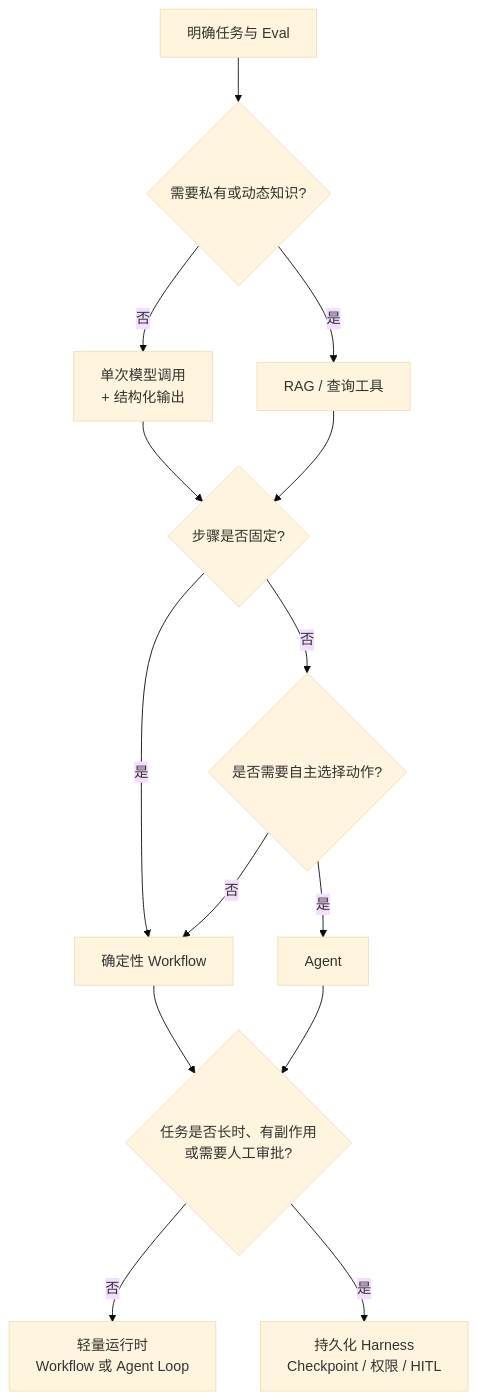
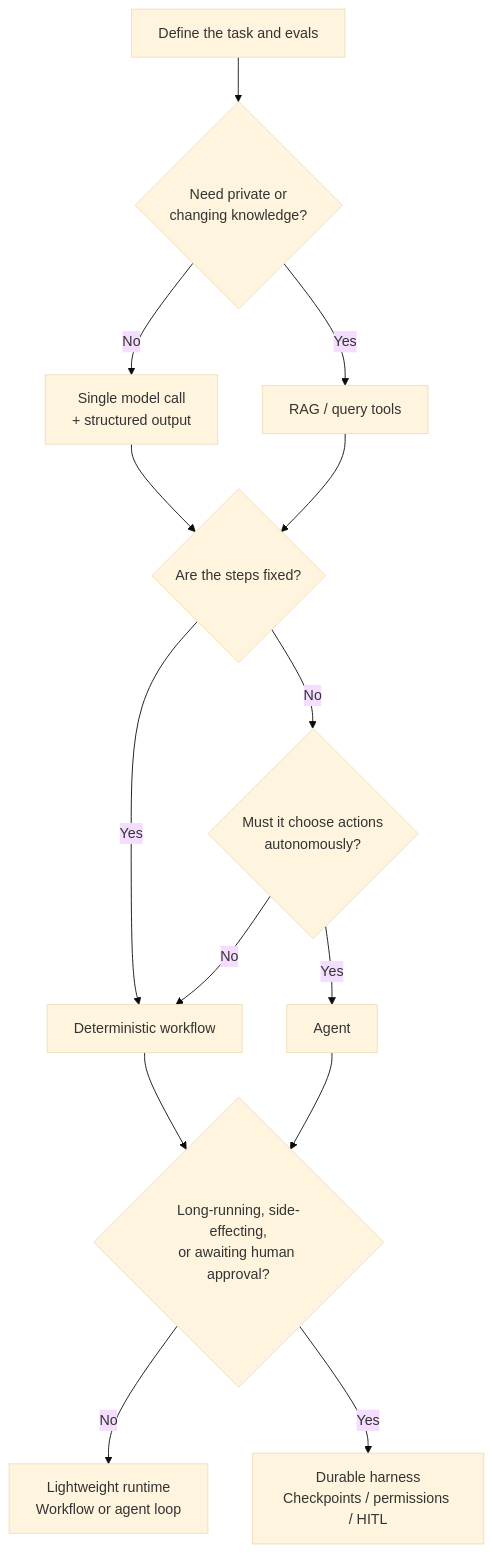
Before and after one commit to oneleaveknowsthefall/awesome-ai-roadmap: the second of 5 diagrams in docs/fde/01-foundations/01-forward-deployed-engineering.md, drawn with Mermaid (base theme). The commit also changed other lines of this file and 82 other files, not shown here.

````diff
--- a/docs/fde/01-foundations/01-forward-deployed-engineering.md
+++ b/docs/fde/01-foundations/01-forward-deployed-engineering.md
@@ -164,16 +164,16 @@
 ```mermaid
 flowchart TD
-    START["明确任务与 Eval"] --> KNOW{"需要私有或动态知识?"}
-    KNOW -->|否| CALL["单次模型调用<br/>+ 结构化输出"]
-    KNOW -->|是| RAG["RAG / 查询工具"]
-    CALL --> PATH{"步骤是否固定?"}
+    START["Define the task and evals"] --> KNOW{"Need private or<br/>changing knowledge?"}
+    KNOW -->|No| CALL["Single model call<br/>+ structured output"]
+    KNOW -->|Yes| RAG["RAG / query tools"]
+    CALL --> PATH{"Are the steps fixed?"}
     RAG --> PATH
-    PATH -->|是| FLOW["确定性 Workflow"]
-    PATH -->|否| ACTION{"是否需要自主选择动作?"}
-    ACTION -->|否| FLOW
-    ACTION -->|是| AGENT["Agent"]
+    PATH -->|Yes| FLOW["Deterministic workflow"]
+    PATH -->|No| ACTION{"Must it choose actions<br/>autonomously?"}
+    ACTION -->|No| FLOW
+    ACTION -->|Yes| AGENT["Agent"]
     FLOW --> DURABLE
-    AGENT --> DURABLE{"任务是否长时、有副作用<br/>或需要人工审批?"}
-    DURABLE -->|否| LOOP["轻量运行时<br/>Workflow 或 Agent Loop"]
-    DURABLE -->|是| HARNESS["持久化 Harness<br/>Checkpoint / 权限 / HITL"]
+    AGENT --> DURABLE{"Long-running, side-effecting,<br/>or awaiting human approval?"}
+    DURABLE -->|No| LOOP["Lightweight runtime<br/>Workflow or agent loop"]
+    DURABLE -->|Yes| HARNESS["Durable harness<br/>Checkpoints / permissions / HITL"]
 ```
````
